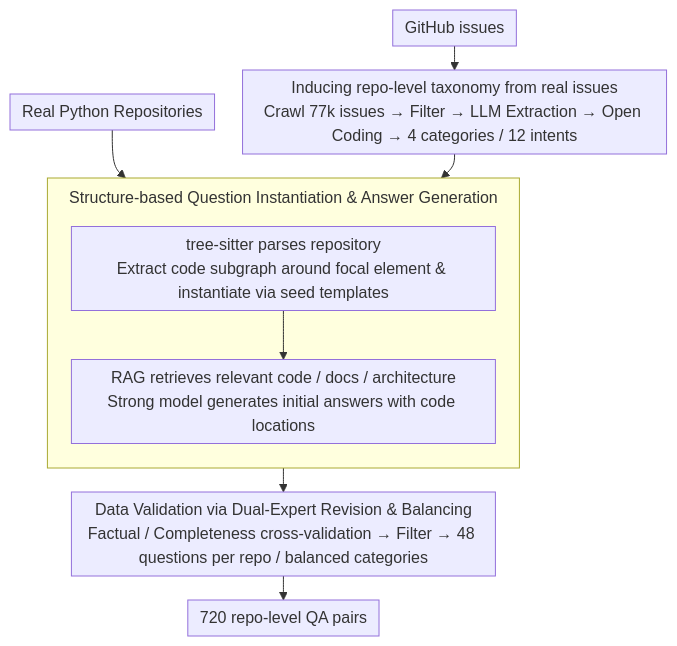
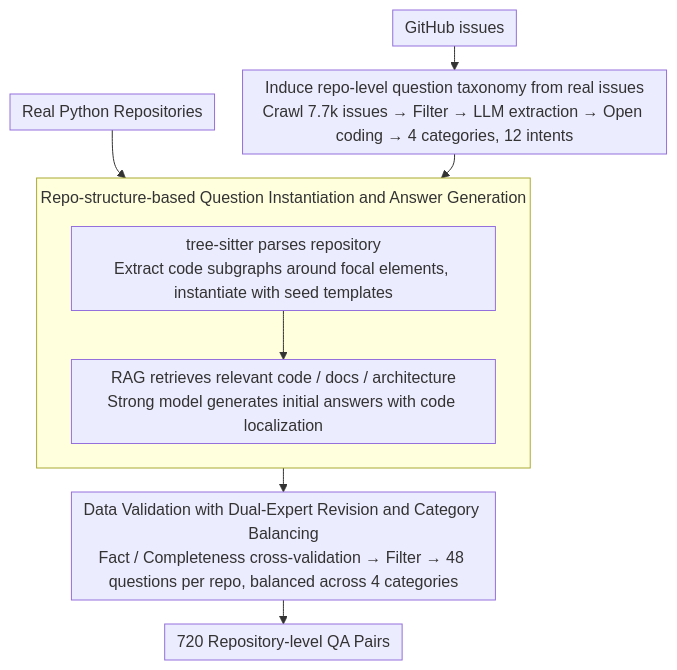
One commit to zhaoyang97/Paper-Notes-en changed the diagram in docs/ACL2026/code_intelligence/swe-qa_can_language_models_answer_repository-level_code_questions.md. Above: the diagram before and after it, drawn with Mermaid. The commit also changed other lines of this file and 5084 other files, not shown here.

````diff
--- a/docs/ACL2026/code_intelligence/swe-qa_can_language_models_answer_repository-level_code_questions.md
+++ b/docs/ACL2026/code_intelligence/swe-qa_can_language_models_answer_repository-level_code_questions.md
@@ -47,17 +47,17 @@
 ```mermaid
 %%{init: {'flowchart': {'rankSpacing': 24, 'nodeSpacing': 28, 'padding': 6, 'wrappingWidth': 400, 'subGraphTitleMargin': {'top': 8, 'bottom': 16}}}}%%
 flowchart TD
     IN1["Real Python Repositories"]
     IN2["GitHub issues"]
-    IN2 --> D1["Inducing repo-level taxonomy from real issues<br/>Crawl 77k issues → Filter → LLM Extraction → Open Coding → 4 categories / 12 intents"]
-    subgraph D2["Structure-based Question Instantiation & Answer Generation"]
+    IN2 --> D1["Induce repo-level question taxonomy from real issues<br/>Crawl 7.7k issues → Filter → LLM extraction → Open coding → 4 categories, 12 intents"]
+    subgraph D2["Repo-structure-based Question Instantiation and Answer Generation"]
         direction TB
-        A["tree-sitter parses repository<br/>Extract code subgraph around focal element & instantiate via seed templates"]
-        B["RAG retrieves relevant code / docs / architecture<br/>Strong model generates initial answers with code locations"]
+        A["tree-sitter parses repository<br/>Extract code subgraphs around focal elements, instantiate with seed templates"]
+        B["RAG retrieves relevant code / docs / architecture<br/>Strong model generates initial answers with code localization"]
         A --> B
     end
     IN1 --> D2
     D1 --> D2
-    D2 --> D3["Data Validation via Dual-Expert Revision & Balancing<br/>Factual / Completeness cross-validation → Filter → 48 questions per repo / balanced categories"]
-    D3 --> OUT["720 repo-level QA pairs"]
+    D2 --> D3["Data Validation with Dual-Expert Revision and Category Balancing<br/>Fact / Completeness cross-validation → Filter → 48 questions per repo, balanced across 4 categories"]
+    D3 --> OUT["720 Repository-level QA Pairs"]
 ```
````
